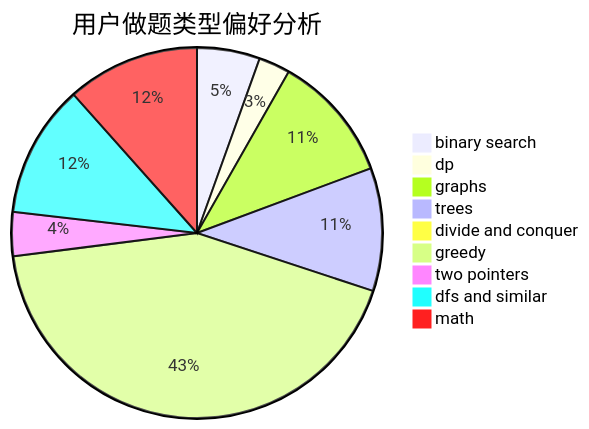
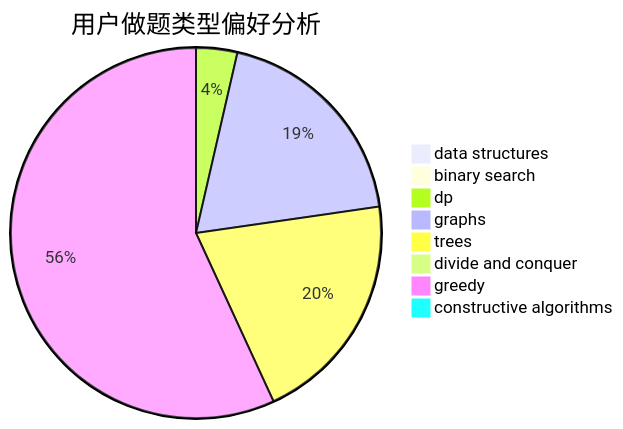
Before and after one commit to sherpahu/cfrs.github.io: the second of 3 diagrams in docs/user/u2639.md, drawn with Mermaid. The commit also changed other lines of this file and 2775 other files, not shown here.

````diff
--- a/docs/user/u2639.md
+++ b/docs/user/u2639.md
@@ -23,12 +23,11 @@
 ```mermaid
 pie title 用户做题类型偏好分析
-    "binary search" :  90
-    "dp" :  45
-    "graphs" :  182
-    "trees" :  176
+    "data structures" :  1
+    "binary search" :  3
+    "dp" :  28
+    "graphs" :  149
+    "trees" :  159
     "divide and conquer" :  0
-    "greedy" :  704
-    "two pointers" :  63
-    "dfs and similar" :  190
-    "math" :  190
+    "greedy" :  443
+    "constructive algorithms" :  5
 ```
````
